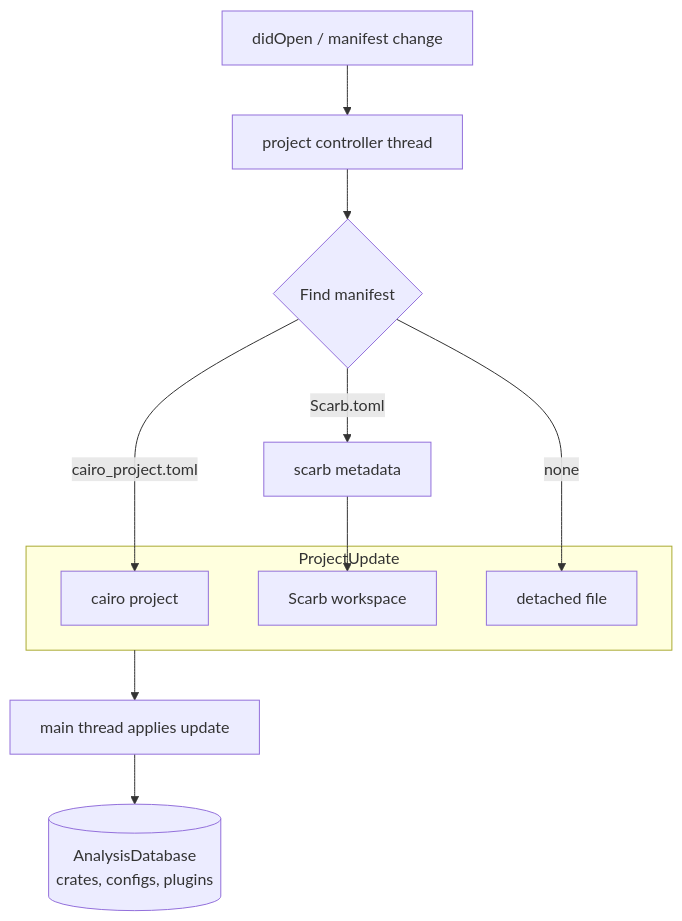
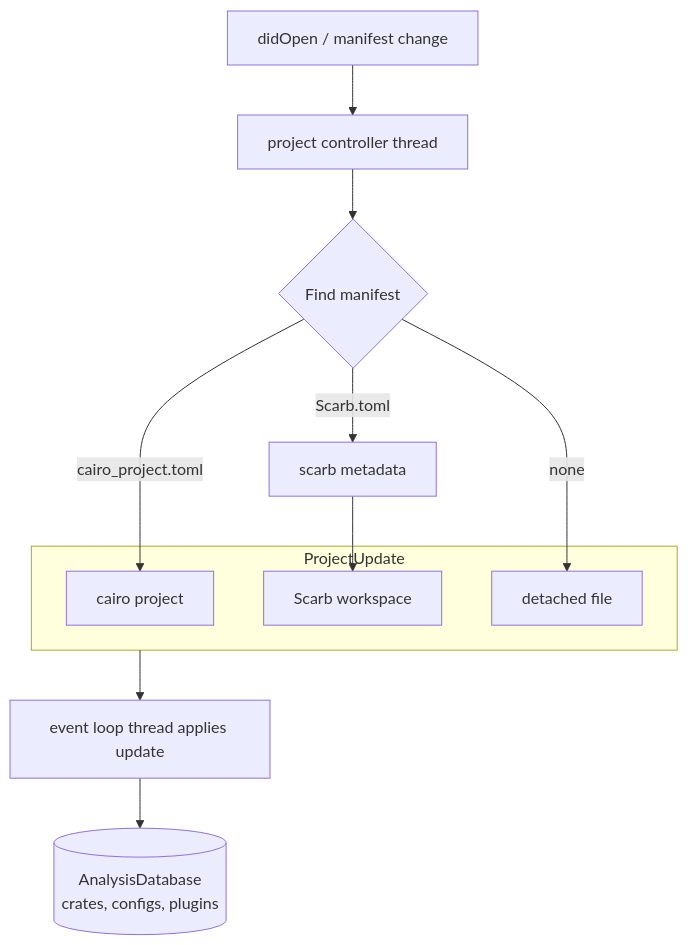
Before and after one commit to software-mansion/cairols: the fifth of 7 diagrams in ARCHITECTURE.md, drawn with Mermaid. The commit also changed other lines of this file, not shown here.

````diff
--- a/ARCHITECTURE.md
+++ b/ARCHITECTURE.md
@@ -335,15 +347,15 @@
 ```mermaid
 flowchart TB
     open["didOpen / manifest change"] --> ctrl["project controller thread"]
     ctrl --> discover{"Find manifest"}
     subgraph update ["ProjectUpdate"]
         cpt["cairo project"]
         scarb["Scarb workspace"]
         none["detached file"]
     end
     discover -- "cairo_project.toml" --> cpt
     discover -- "Scarb.toml" --> sm["scarb metadata"] --> scarb
     discover -- "none" --> none
-    update --> apply["main thread applies update"]
+    update --> apply["event loop thread applies update"]
     apply --> db[("AnalysisDatabase<br/>crates, configs, plugins")]
 ```
````
